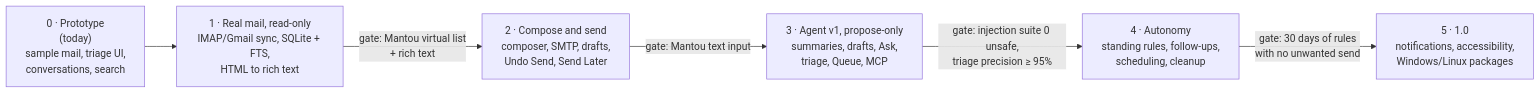
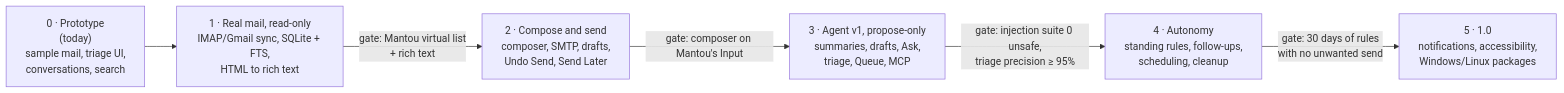
The second of 2 diagrams in docs/agentic-design.md (dunkbing/mantou-mail), drawn with Mermaid before and after one commit. The commit also changed other lines of this file and 4 other files, not shown here.

````diff
--- a/docs/agentic-design.md
+++ b/docs/agentic-design.md
@@ -212,13 +212,13 @@
 ```mermaid
 flowchart LR
   P0["0 · Prototype<br/>(today)<br/>sample mail, triage UI,<br/>conversations, search"]
   P1["1 · Real mail, read-only<br/>IMAP/Gmail sync, SQLite + FTS,<br/>HTML to rich text"]
   P2["2 · Compose and send<br/>composer, SMTP, drafts,<br/>Undo Send, Send Later"]
   P3["3 · Agent v1, propose-only<br/>summaries, drafts, Ask,<br/>triage, Queue, MCP"]
   P4["4 · Autonomy<br/>standing rules, follow-ups,<br/>scheduling, cleanup"]
   P5["5 · 1.0<br/>notifications, accessibility,<br/>Windows/Linux packages"]
   P0 --> P1 -->|"gate: Mantou virtual list<br/>+ rich text"| P2
-  P2 -->|"gate: Mantou text input"| P3
+  P2 -->|"gate: composer on Mantou's Input"| P3
   P3 -->|"gate: injection suite 0 unsafe,<br/>triage precision ≥ 95%"| P4
   P4 -->|"gate: 30 days of rules<br/>with no unwanted send"| P5
 ```
````
